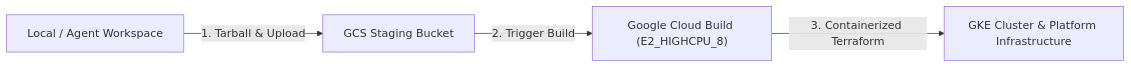
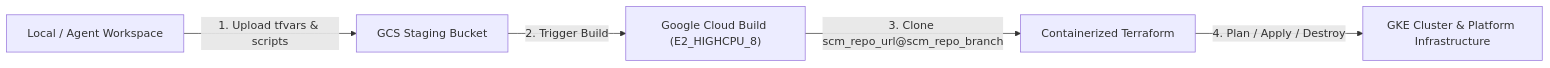
One commit to GoogleCloudPlatform/horizon-sdv changed the diagram in .agents/plugins/horizon-ops/skills/horizon-deploy/references/06_cloud_build_deployment.md. Above: the diagram before and after it, drawn with Mermaid. The commit also changed other lines of this file and 24 other files, not shown here.

````diff
--- a/.agents/plugins/horizon-ops/skills/horizon-deploy/references/06_cloud_build_deployment.md
+++ b/.agents/plugins/horizon-ops/skills/horizon-deploy/references/06_cloud_build_deployment.md
@@ -30,6 +60,7 @@
 ```mermaid
 flowchart LR
-    A["Local / Agent Workspace"] -->|"1. Tarball & Upload"| B["GCS Staging Bucket"]
+    A["Local / Agent Workspace"] -->|"1. Upload tfvars & scripts"| B["GCS Staging Bucket"]
     B -->|"2. Trigger Build"| C["Google Cloud Build (E2_HIGHCPU_8)"]
-    C -->|"3. Containerized Terraform"| D["GKE Cluster & Platform Infrastructure"]
+    C -->|"3. Clone scm_repo_url@scm_repo_branch"| E["Containerized Terraform"]
+    E -->|"4. Plan / Apply / Destroy"| D["GKE Cluster & Platform Infrastructure"]
 ```
````
